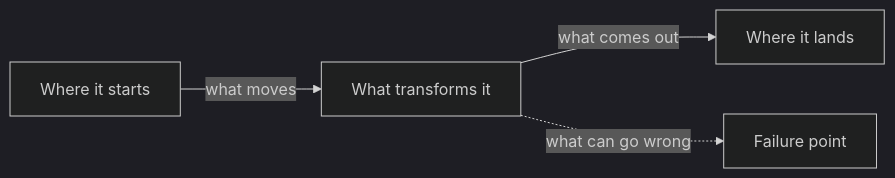
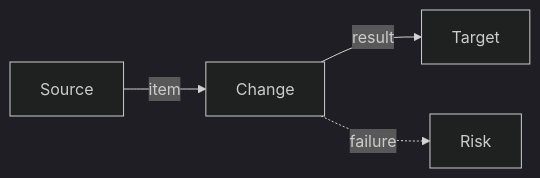
One commit to rishirsv/dots changed the second of 4 diagrams in plugins/dots/skills/explain/references/visual-patterns.md. Above: the diagram before and after it, drawn with Mermaid (dark theme). The commit also changed other lines of this file and 13 other files, not shown here.

````diff
--- a/plugins/dots/skills/explain/references/visual-patterns.md
+++ b/plugins/dots/skills/explain/references/visual-patterns.md
@@ -24,6 +23,6 @@
 ```mermaid
 flowchart LR
-  Source[Where it starts] -->|what moves| Middle[What transforms it]
-  Middle -->|what comes out| Sink[Where it lands]
-  Middle -.->|what can go wrong| Risk[Failure point]
+  A[Source] -->|item| B[Change]
+  B -->|result| C[Target]
+  B -.->|failure| D[Risk]
 ```
````
